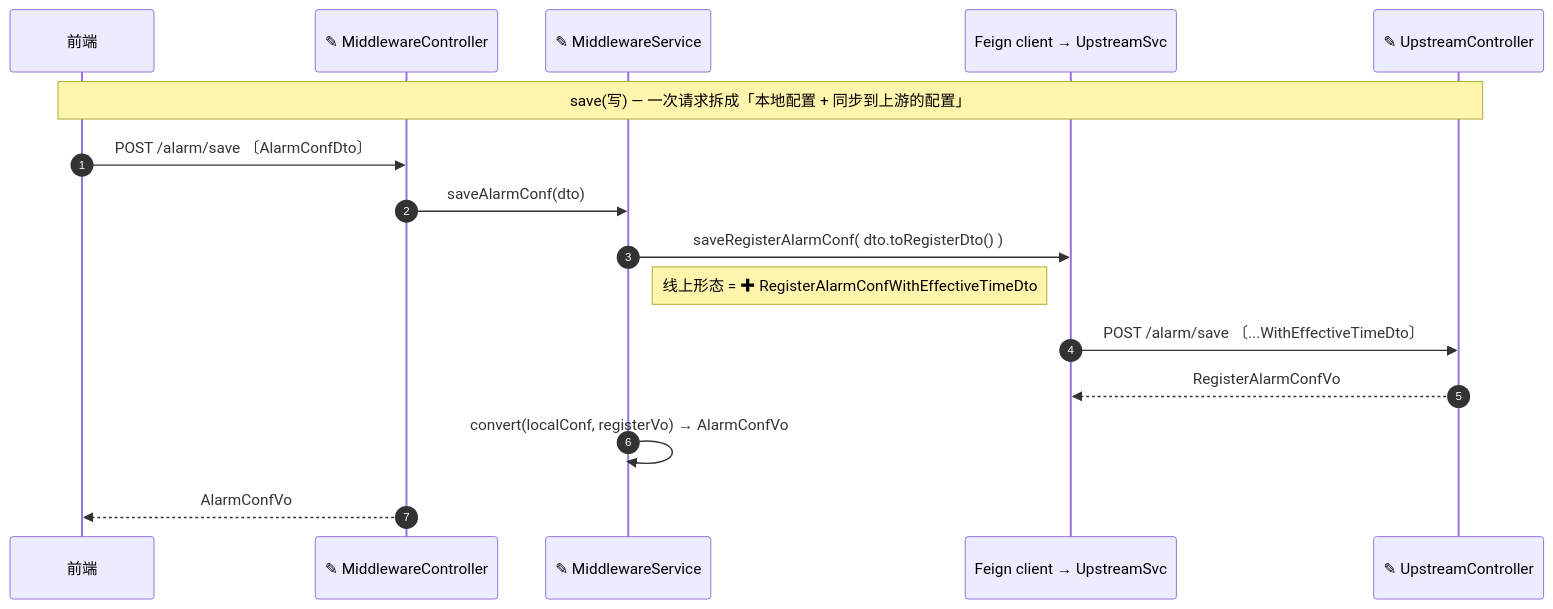
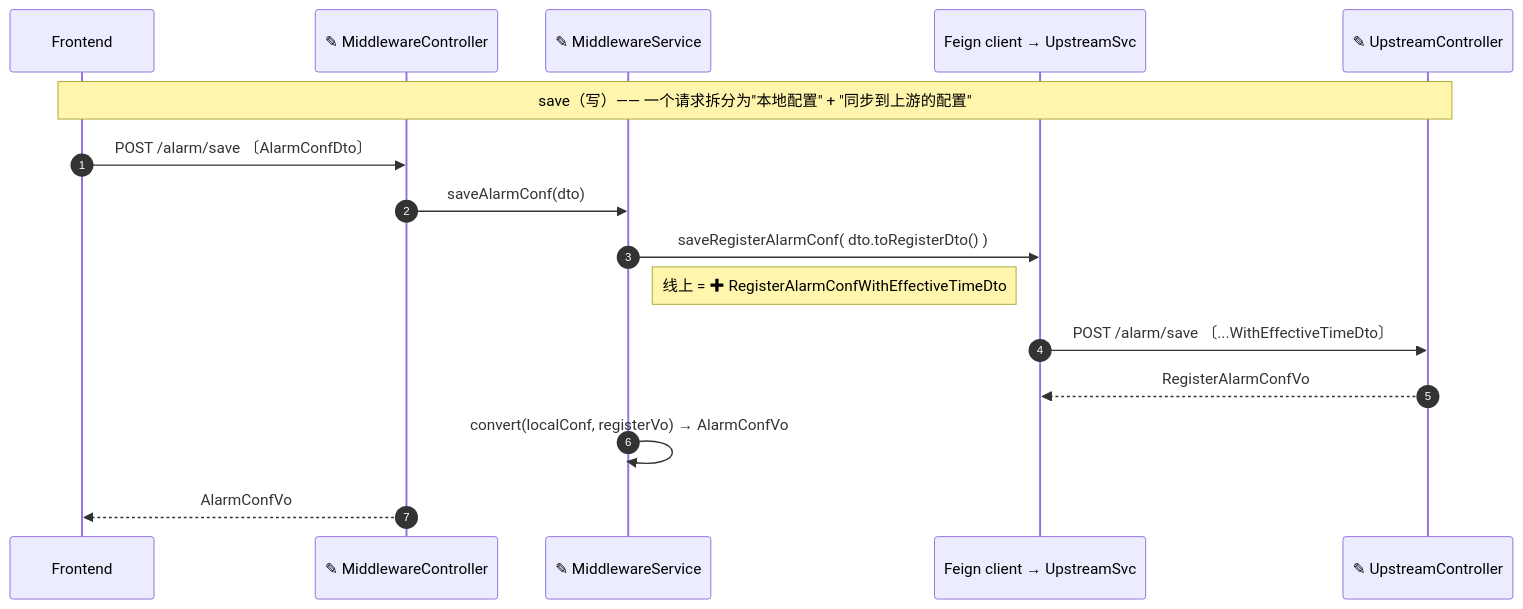
The diagram in agentcorp-zh/solution-architect/references/mermaid.md (ylxmf2005/Longrein), drawn with Mermaid before and after one commit. The commit also changed other lines of this file and 310 other files, not shown here.

````diff
--- a/agentcorp-zh/solution-architect/references/mermaid.md
+++ b/agentcorp-zh/solution-architect/references/mermaid.md
@@ -26,18 +26,18 @@
 ```mermaid
 sequenceDiagram
   autonumber
-  participant FE as 前端
+  participant FE as Frontend
   participant C as ✎ MiddlewareController
   participant S as ✎ MiddlewareService
   participant FC as Feign client → UpstreamSvc
   participant UC as ✎ UpstreamController
-  Note over FE,UC: save(写) — 一次请求拆成「本地配置 + 同步到上游的配置」
+  Note over FE,UC: save（写）—— 一个请求拆分为"本地配置" + "同步到上游的配置"
   FE->>C: POST /alarm/save 〔AlarmConfDto〕
   C->>S: saveAlarmConf(dto)
   S->>FC: saveRegisterAlarmConf( dto.toRegisterDto() )
-  Note right of S: 线上形态 = ✚ RegisterAlarmConfWithEffectiveTimeDto
+  Note right of S: 线上 = ✚ RegisterAlarmConfWithEffectiveTimeDto
   FC->>UC: POST /alarm/save 〔...WithEffectiveTimeDto〕
   UC-->>FC: RegisterAlarmConfVo
   S->>S: convert(localConf, registerVo) → AlarmConfVo
   C-->>FE: AlarmConfVo
 ```
````
